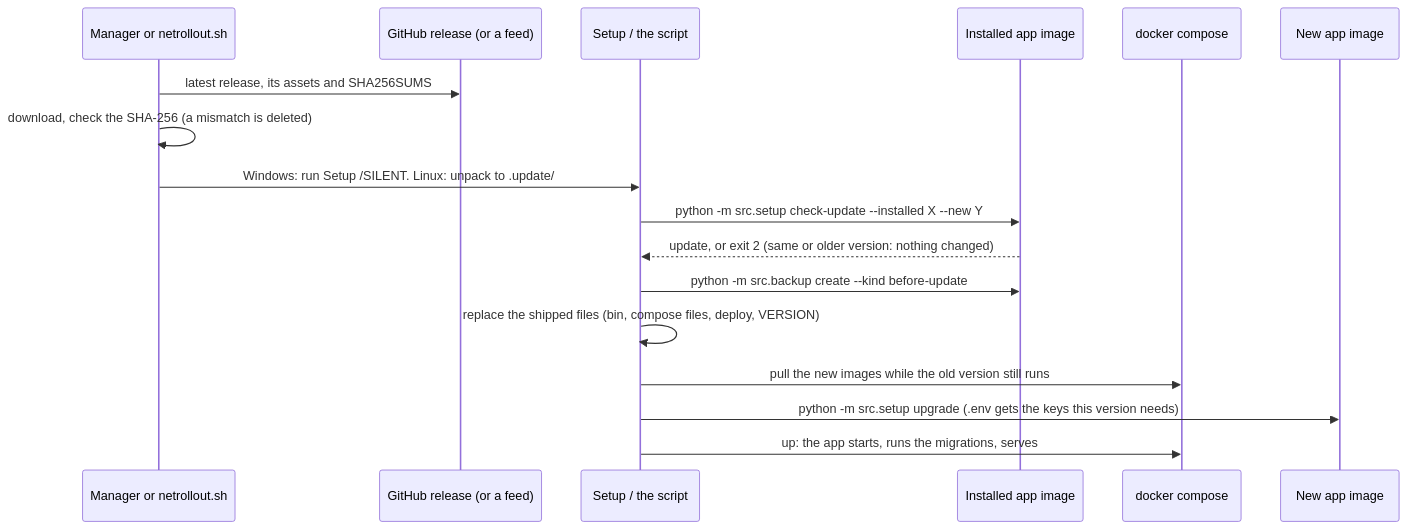
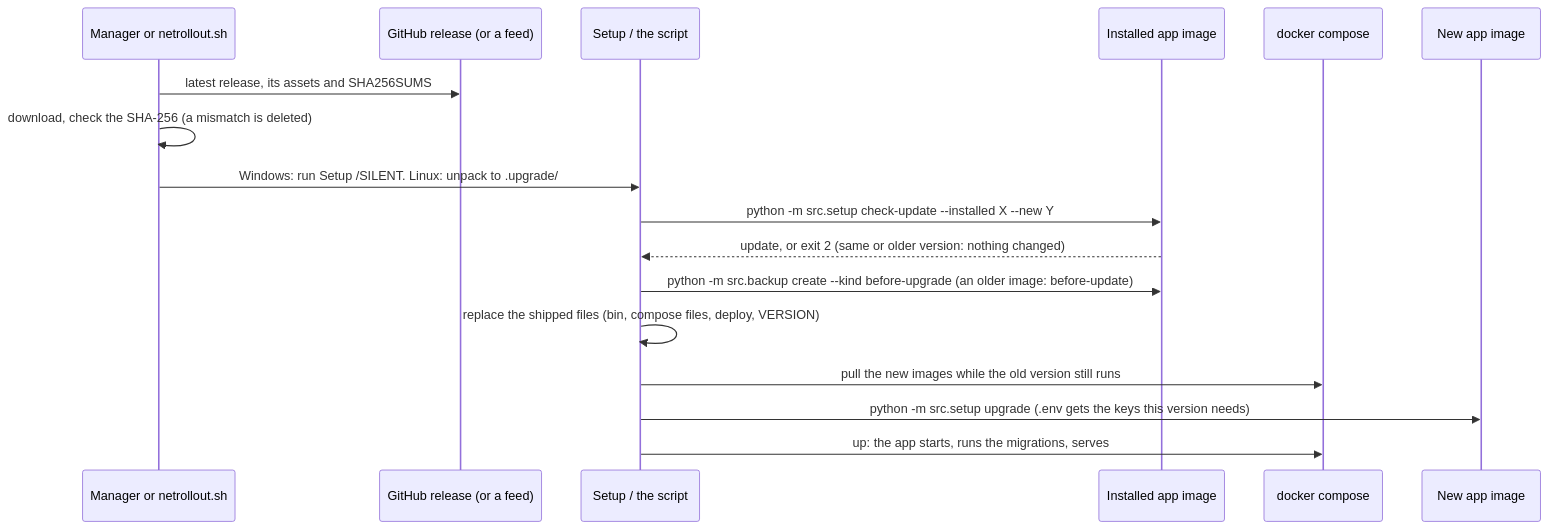
Diagram 13 of 15 in docs/architecture.md (itamar14-byte/NetRollout), drawn with Mermaid before and after one commit. The commit also changed other lines of this file and 154 other files, not shown here.

````diff
--- a/docs/architecture.md
+++ b/docs/architecture.md
@@ -1163,20 +1163,20 @@
 ```mermaid
 sequenceDiagram
     participant M as Manager or netrollout.sh
     participant G as GitHub release (or a feed)
     participant S as Setup / the script
     participant OLD as Installed app image
     participant C as docker compose
     participant NEW as New app image
 
     M->>G: latest release, its assets and SHA256SUMS
     M->>M: download, check the SHA-256 (a mismatch is deleted)
-    M->>S: Windows: run Setup /SILENT. Linux: unpack to .update/
+    M->>S: Windows: run Setup /SILENT. Linux: unpack to .upgrade/
     S->>OLD: python -m src.setup check-update --installed X --new Y
     OLD-->>S: update, or exit 2 (same or older version: nothing changed)
-    S->>OLD: python -m src.backup create --kind before-update
+    S->>OLD: python -m src.backup create --kind before-upgrade (an older image: before-update)
     S->>S: replace the shipped files (bin, compose files, deploy, VERSION)
     S->>C: pull the new images while the old version still runs
     S->>NEW: python -m src.setup upgrade (.env gets the keys this version needs)
     S->>C: up: the app starts, runs the migrations, serves
 ```
````
